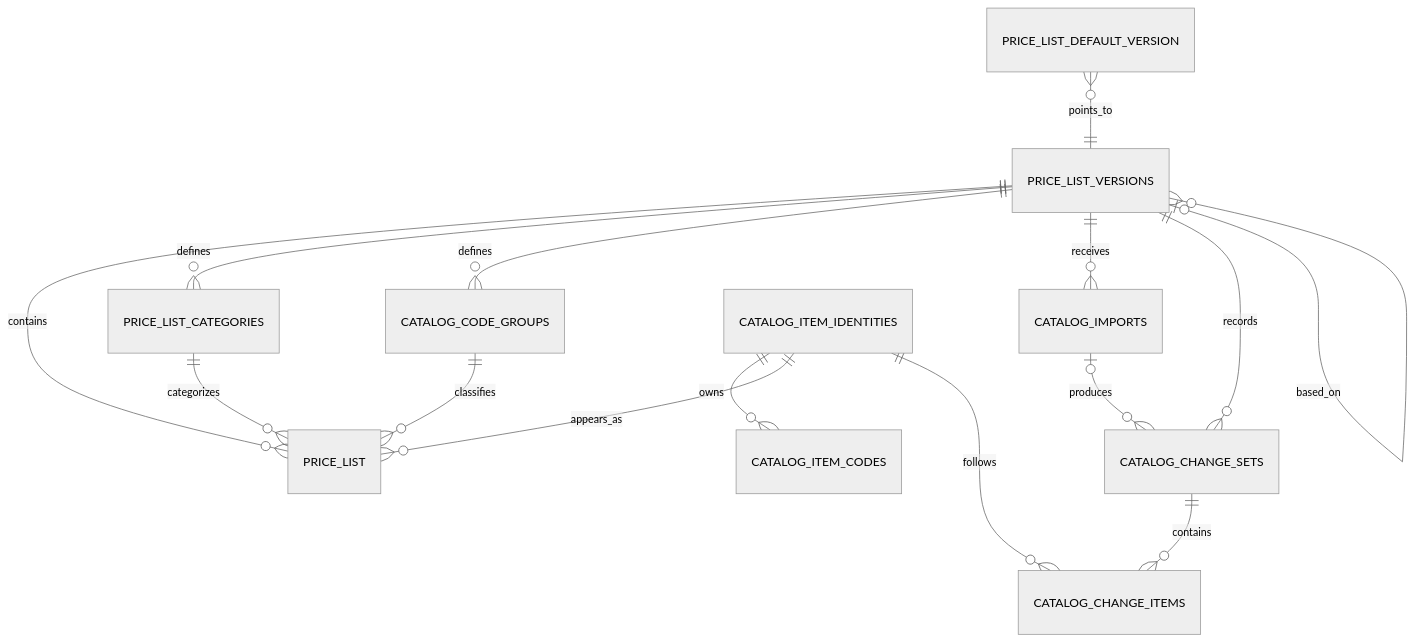
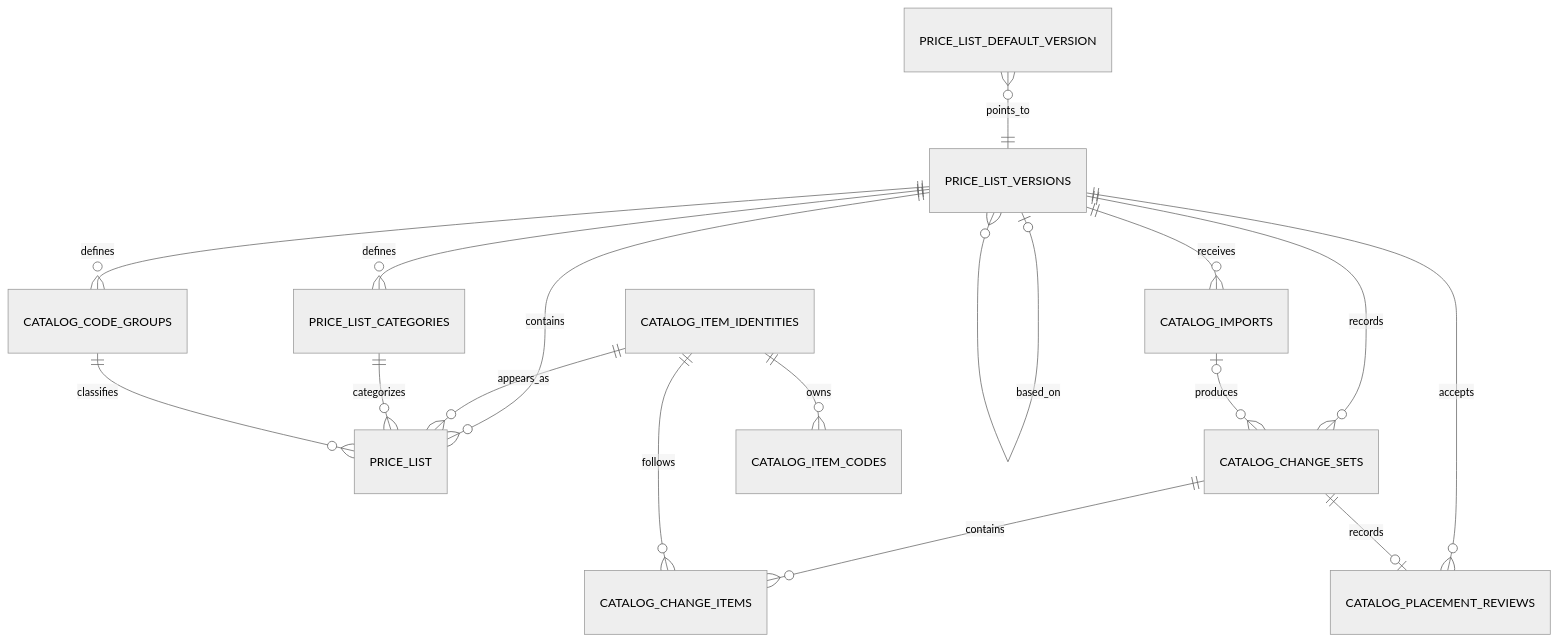
Before and after one commit to cloudstellar/conduit-boq: the diagram in docs/plans/master-catalog/17-phase4-database-security-contract.md, drawn with Mermaid (neutral theme). The commit also changed other lines of this file and 22 other files, not shown here.

````diff
--- a/docs/plans/master-catalog/17-phase4-database-security-contract.md
+++ b/docs/plans/master-catalog/17-phase4-database-security-contract.md
@@ -92,17 +94,19 @@
 ```mermaid
 erDiagram
     PRICE_LIST_VERSIONS ||--o{ PRICE_LIST : contains
     PRICE_LIST_VERSIONS ||--o{ PRICE_LIST_CATEGORIES : defines
     PRICE_LIST_VERSIONS ||--o{ CATALOG_CODE_GROUPS : defines
     PRICE_LIST_VERSIONS ||--o{ CATALOG_IMPORTS : receives
     PRICE_LIST_VERSIONS ||--o{ CATALOG_CHANGE_SETS : records
     PRICE_LIST_VERSIONS o|--o{ PRICE_LIST_VERSIONS : based_on
     PRICE_LIST_DEFAULT_VERSION }o--|| PRICE_LIST_VERSIONS : points_to
     CATALOG_ITEM_IDENTITIES ||--o{ CATALOG_ITEM_CODES : owns
     CATALOG_ITEM_IDENTITIES ||--o{ PRICE_LIST : appears_as
     PRICE_LIST_CATEGORIES ||--o{ PRICE_LIST : categorizes
     CATALOG_CODE_GROUPS ||--o{ PRICE_LIST : classifies
     CATALOG_IMPORTS o|--o{ CATALOG_CHANGE_SETS : produces
     CATALOG_CHANGE_SETS ||--o{ CATALOG_CHANGE_ITEMS : contains
     CATALOG_ITEM_IDENTITIES ||--o{ CATALOG_CHANGE_ITEMS : follows
+    PRICE_LIST_VERSIONS ||--o{ CATALOG_PLACEMENT_REVIEWS : accepts
+    CATALOG_CHANGE_SETS ||--o| CATALOG_PLACEMENT_REVIEWS : records
 ```
````
